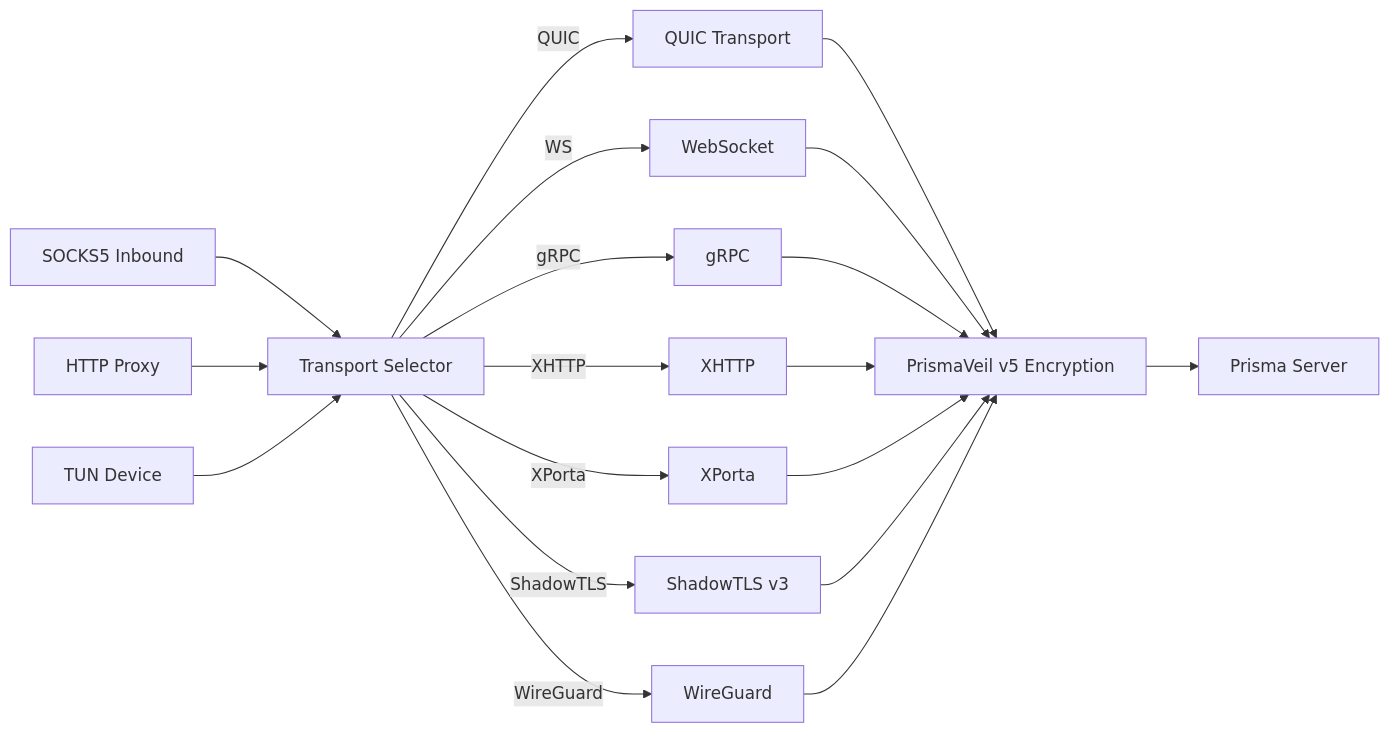
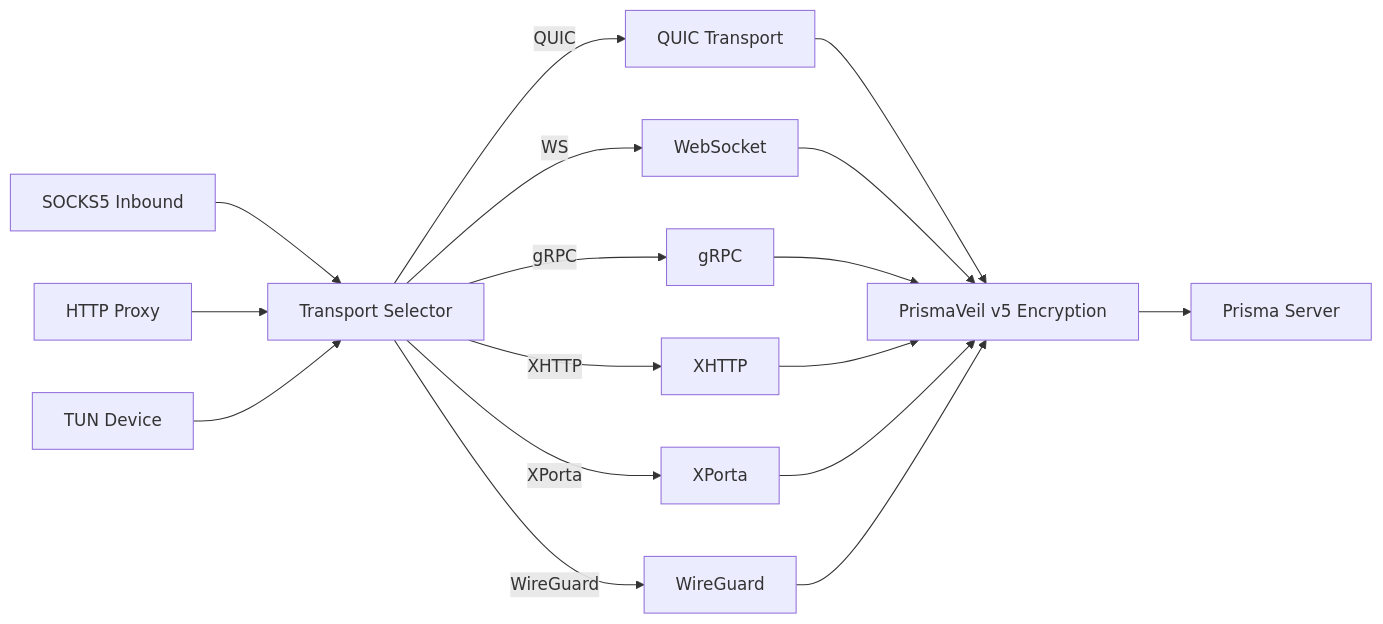
One commit to prisma-proxy/prisma changed the second of 2 diagrams in docs/dev/prisma-client.md. Above: the diagram before and after it, drawn with Mermaid. The commit also changed other lines of this file and 37 other files, not shown here.

Commit message:
docs: remove ShadowTLS references, update transport count to 8

````diff
--- a/docs/dev/prisma-client.md
+++ b/docs/dev/prisma-client.md
@@ -68,21 +67,19 @@
 ```mermaid
 flowchart LR
     S5[SOCKS5 Inbound] --> TS[Transport Selector]
     HTTP[HTTP Proxy] --> TS
     TUN[TUN Device] --> TS
     TS --> |QUIC| Q[QUIC Transport]
     TS --> |WS| WS[WebSocket]
     TS --> |gRPC| G[gRPC]
     TS --> |XHTTP| XH[XHTTP]
     TS --> |XPorta| XP[XPorta]
-    TS --> |ShadowTLS| ST[ShadowTLS v3]
     TS --> |WireGuard| WG[WireGuard]
     Q --> ENC[PrismaVeil v5 Encryption]
     WS --> ENC
     G --> ENC
     XH --> ENC
     XP --> ENC
-    ST --> ENC
     WG --> ENC
     ENC --> SRV[Prisma Server]
 ```
````
